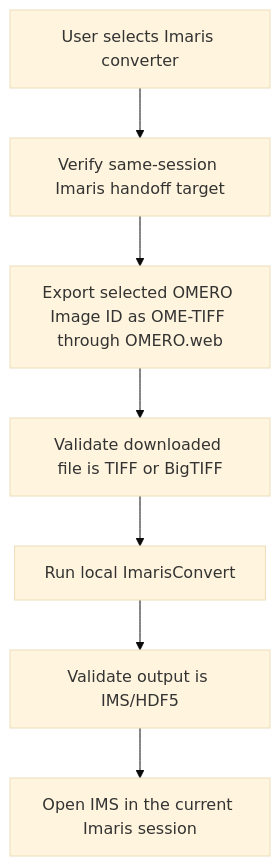
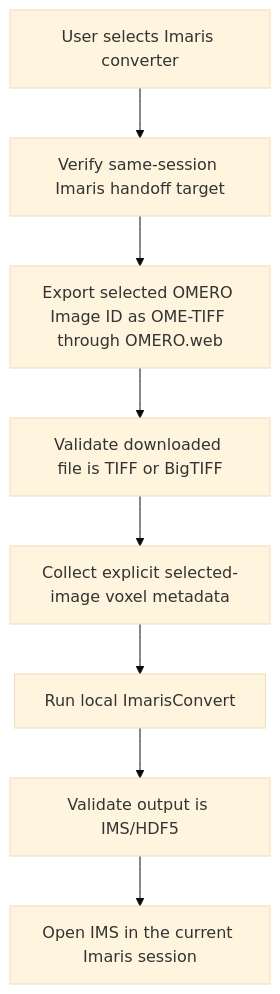
One commit to ZMB-UZH/omero-docker-extended changed the sixth of 9 diagrams in docs/plugins/imaris-connector-workflow.md. Above: the diagram before and after it, drawn with Mermaid (base theme). The commit also changed other lines of this file and 3 other files, not shown here.

First line of the commit message:
Harden selected-image converter isolation

````diff
--- a/docs/plugins/imaris-connector-workflow.md
+++ b/docs/plugins/imaris-connector-workflow.md
@@ -172,9 +187,10 @@
 ```mermaid
 flowchart TD
     A[User selects Imaris converter] --> B[Verify same-session Imaris handoff target]
     B --> C[Export selected OMERO Image ID as OME-TIFF through OMERO.web]
     C --> D[Validate downloaded file is TIFF or BigTIFF]
-    D --> E[Run local ImarisConvert]
-    E --> F[Validate output is IMS/HDF5]
-    F --> G[Open IMS in the current Imaris session]
+    D --> E[Collect explicit selected-image voxel metadata]
+    E --> F[Run local ImarisConvert]
+    F --> G[Validate output is IMS/HDF5]
+    G --> H[Open IMS in the current Imaris session]
 ```
````
